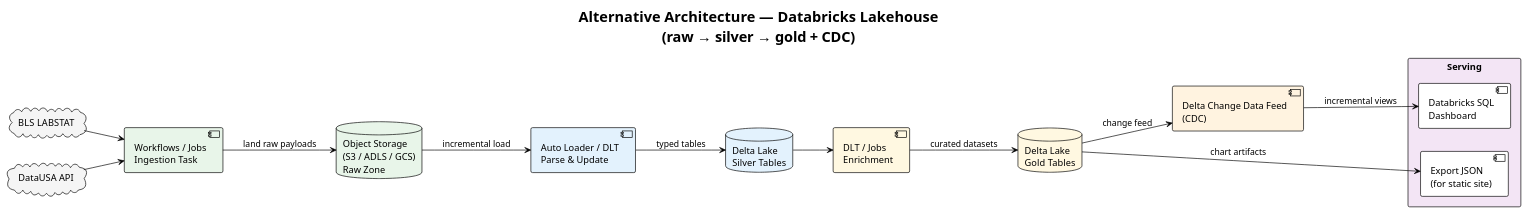
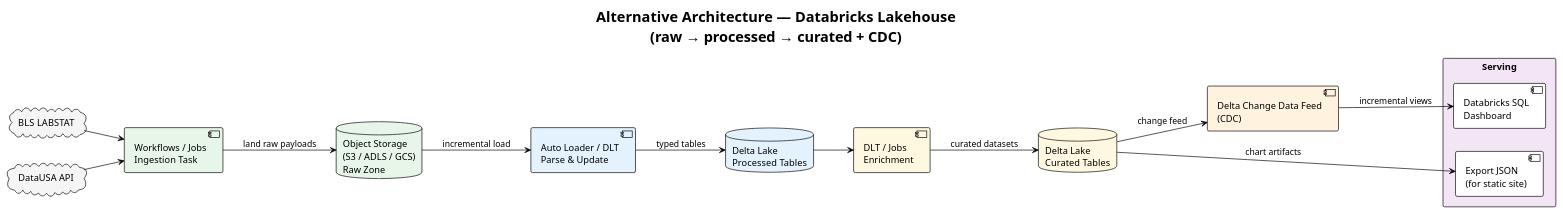
Before and after one commit to TechR10n/fomc-agent: the diagram in site/puml/alt-databricks.puml, drawn with PlantUML. The commit also changed other lines of this file and 2768 other files, not shown here.

```diff
--- a/site/puml/alt-databricks.puml
+++ b/site/puml/alt-databricks.puml
@@ -1,34 +1,34 @@
 @startuml alt-databricks
 !theme plain
 left to right direction
-title Alternative Architecture — Databricks Lakehouse\n(raw → silver → gold + CDC)
+title Alternative Architecture — Databricks Lakehouse\n(raw → processed → curated + CDC)
 
 cloud "BLS LABSTAT" as BLS #F5F5F5
 cloud "DataUSA API" as DataUSA #F5F5F5
 
 database "Object Storage\n(S3 / ADLS / GCS)\nRaw Zone" as Raw #E8F5E9
-database "Delta Lake\nSilver Tables" as Silver #E3F2FD
-database "Delta Lake\nGold Tables" as Gold #FFF8E1
+database "Delta Lake\nProcessed Tables" as Processed #E3F2FD
+database "Delta Lake\nCurated Tables" as Curated #FFF8E1
 
 component "Workflows / Jobs\nIngestion Task" as Ingest #E8F5E9
 component "Auto Loader / DLT\nParse & Update" as Parse #E3F2FD
 component "DLT / Jobs\nEnrichment" as Enrich #FFF8E1
 component "Delta Change Data Feed\n(CDC)" as CDF #FFF3E0
 
 rectangle "Serving" as Serving #F3E5F5 {
   component "Databricks SQL\nDashboard" as DBSQL
   component "Export JSON\n(for static site)" as Export
 }
 
 BLS --> Ingest
 DataUSA --> Ingest
 Ingest --> Raw : land raw payloads
 Raw --> Parse : incremental load
-Parse --> Silver : typed tables
-Silver --> Enrich
-Enrich --> Gold : curated datasets
-Gold --> CDF : change feed
+Parse --> Processed : typed tables
+Processed --> Enrich
+Enrich --> Curated : curated datasets
+Curated --> CDF : change feed
 CDF --> DBSQL : incremental views
-Gold --> Export : chart artifacts
+Curated --> Export : chart artifacts
 
 @enduml
```
